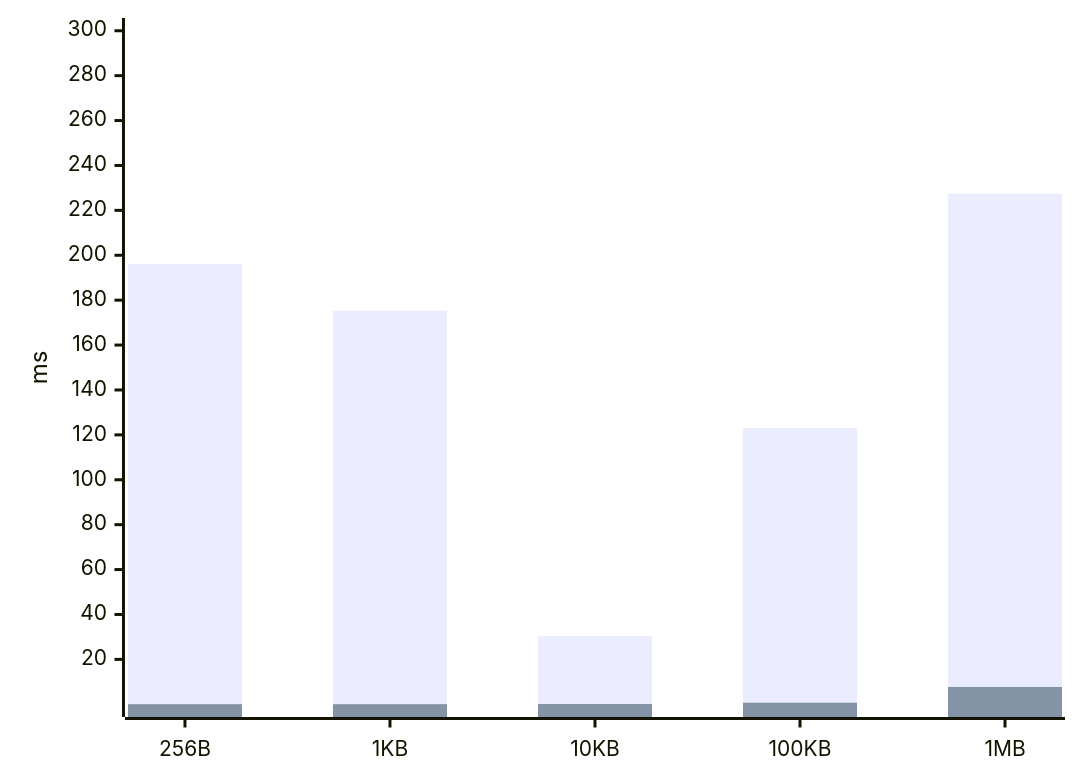
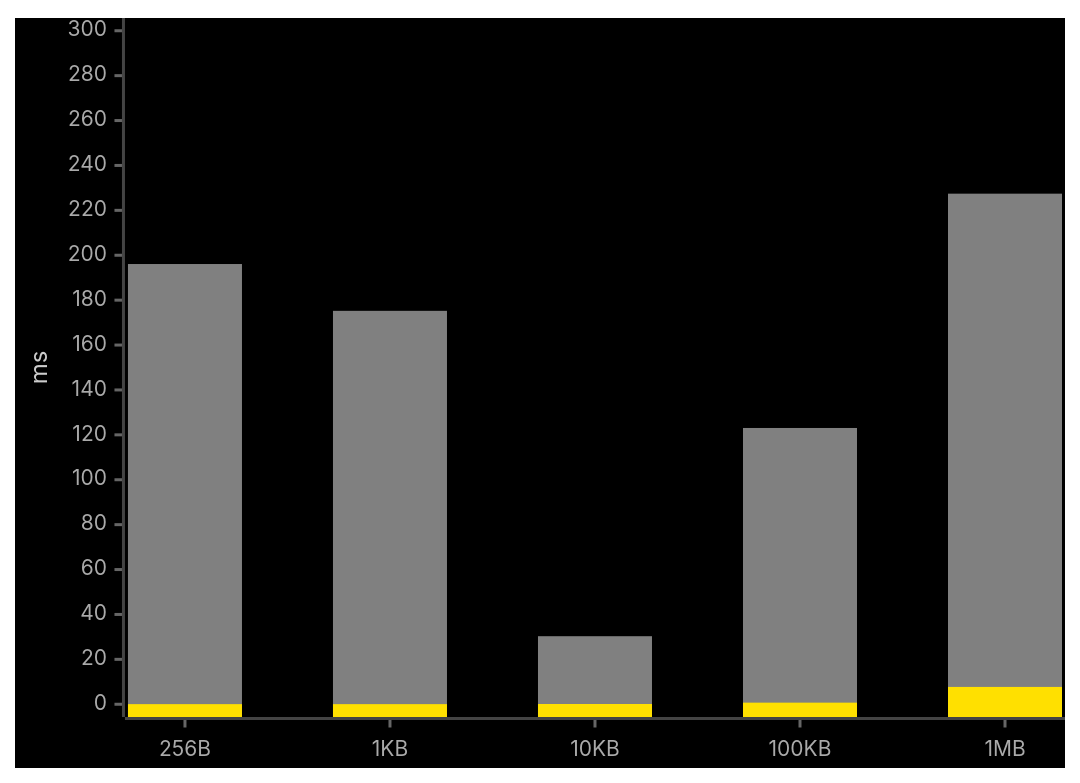
One commit to inference-labs-inc/lightning changed the first of 2 diagrams in README.md. Above: the diagram before and after it, drawn with Mermaid. The commit also changed other lines of this file and 2 other files, not shown here.

First line of the commit message:
Resolve CI failures and introduce chart theming for benchmark visualizations

````diff
--- a/README.md
+++ b/README.md
@@ -28,13 +30,25 @@
 ```mermaid
 ---
 config:
     xyChart:
-        yAxis:
-            type: log
+        plotReservedSpacePercent: 60
+    themeVariables:
+        xyChart:
+            backgroundColor: "#000000"
+            plotColorPalette: "#808080, #FFE000"
+            titleColor: "#ffffff"
+            xAxisLabelColor: "#aaaaaa"
+            xAxisTitleColor: "#cccccc"
+            xAxisTickColor: "#666666"
+            xAxisLineColor: "#444444"
+            yAxisLabelColor: "#aaaaaa"
+            yAxisTitleColor: "#cccccc"
+            yAxisTickColor: "#666666"
+            yAxisLineColor: "#444444"
 ---
 xychart-beta
     x-axis ["256B", "1KB", "10KB", "100KB", "1MB"]
-    y-axis "ms" 0.01 --> 300
+    y-axis "ms" 0 --> 300
     bar "bittensor" [196.09, 175.24, 30.31, 123.06, 227.43]
     bar "lightning" [0.05, 0.05, 0.11, 0.71, 7.71]
 ```
````
